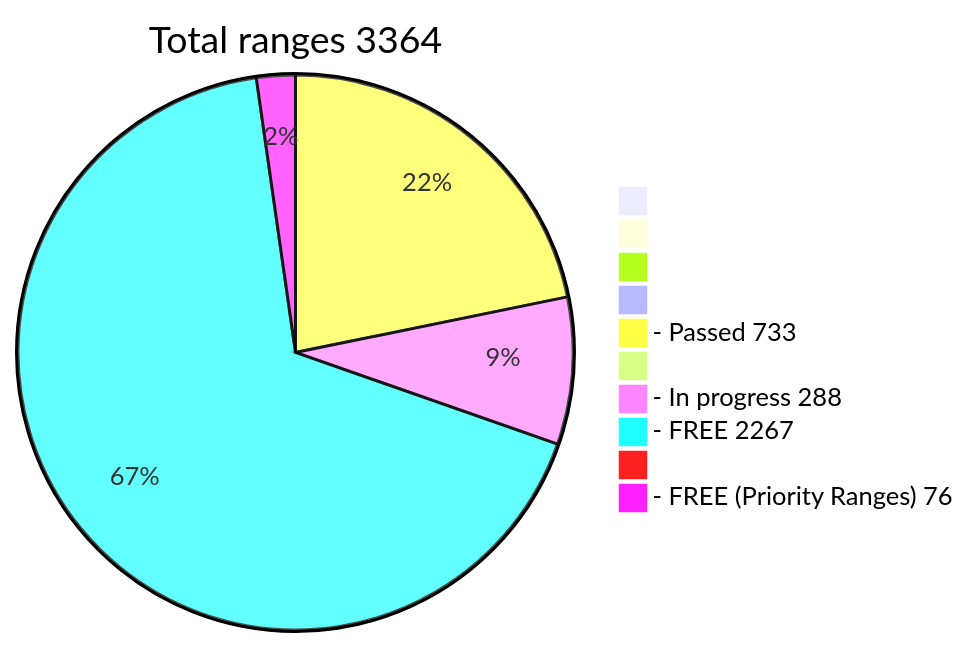
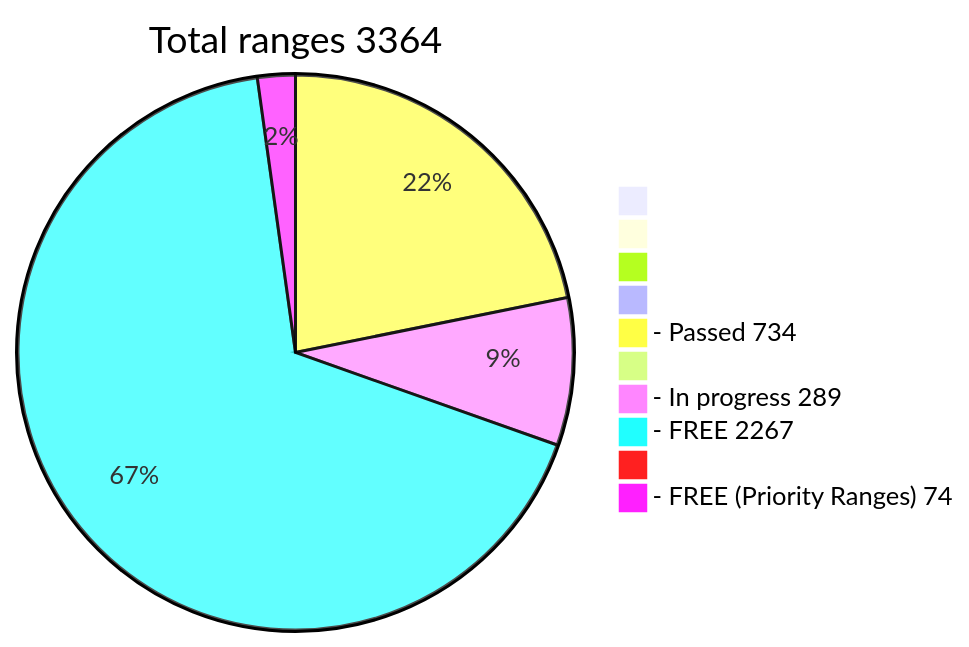
One commit to phrutis/wif500 changed the diagram in README.md. Above: the diagram before and after it, drawn with Mermaid.

````diff
--- a/README.md
+++ b/README.md
@@ -16,13 +16,13 @@
 ```mermaid
 pie title Total ranges 3364
              " " : 0
             "  " : 0
            "   " : 0
           "    " : 0
-  "- Passed 733" : 733
+  "- Passed 734" : 734
          "     " : 0
-  "- In progress 288" : 288
+  "- In progress 289" : 289
    "- FREE 2267" : 2267
         "      " : 0
-  "- FREE (Priority Ranges) 76" : 76
+  "- FREE (Priority Ranges) 74" : 74
 ```
````
